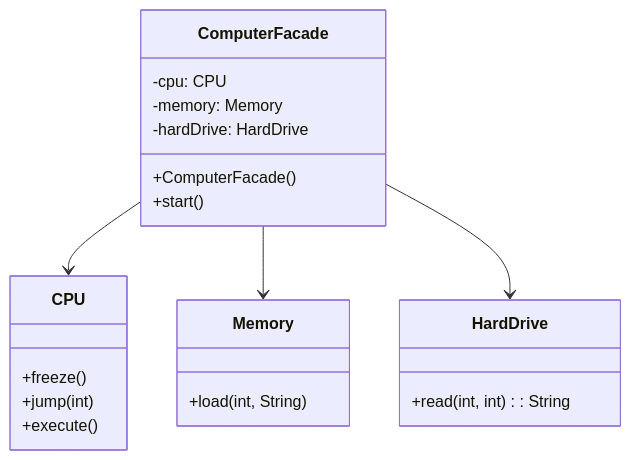
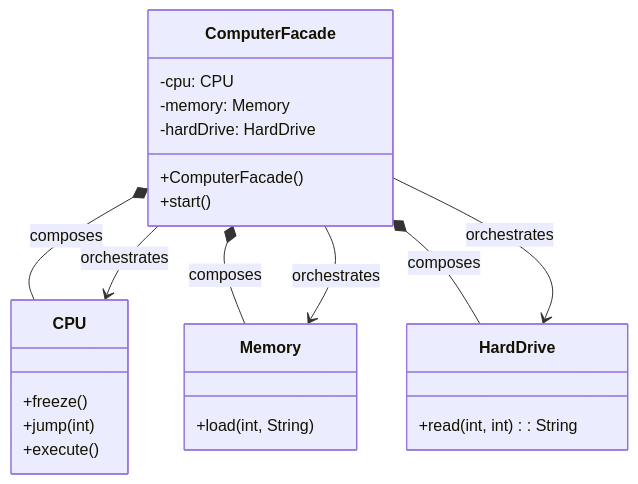
The tenth of 23 diagrams in content/english/blog/system_design/core_design_patterns.md (welldesignedsystem/welldesignedsystem.github.io), drawn with Mermaid before and after one commit. The commit also changed other lines of this file and 1 other file, not shown here.

````diff
--- a/content/english/blog/system_design/core_design_patterns.md
+++ b/content/english/blog/system_design/core_design_patterns.md
@@ -792,24 +806,27 @@
 ```mermaid
 classDiagram
     class ComputerFacade {
         -cpu: CPU
         -memory: Memory
         -hardDrive: HardDrive
         +ComputerFacade()
         +start()
     }
     class CPU {
         +freeze()
         +jump(int)
         +execute()
     }
     class Memory {
         +load(int, String)
     }
     class HardDrive {
         +read(int, int): String
     }
-    ComputerFacade --> CPU
-    ComputerFacade --> Memory
-    ComputerFacade --> HardDrive
+    ComputerFacade *-- CPU : composes
+    ComputerFacade *-- Memory : composes
+    ComputerFacade *-- HardDrive : composes
+    ComputerFacade --> CPU : orchestrates
+    ComputerFacade --> Memory : orchestrates
+    ComputerFacade --> HardDrive : orchestrates
 ```
````
